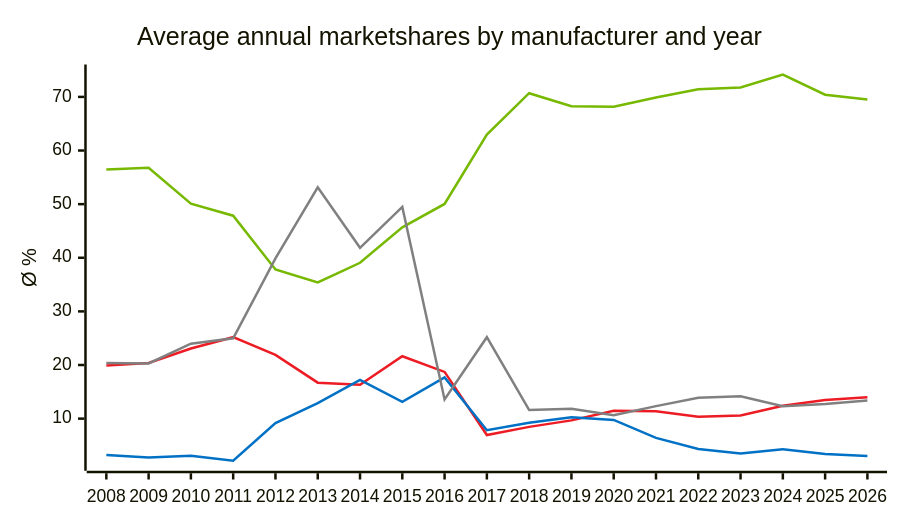
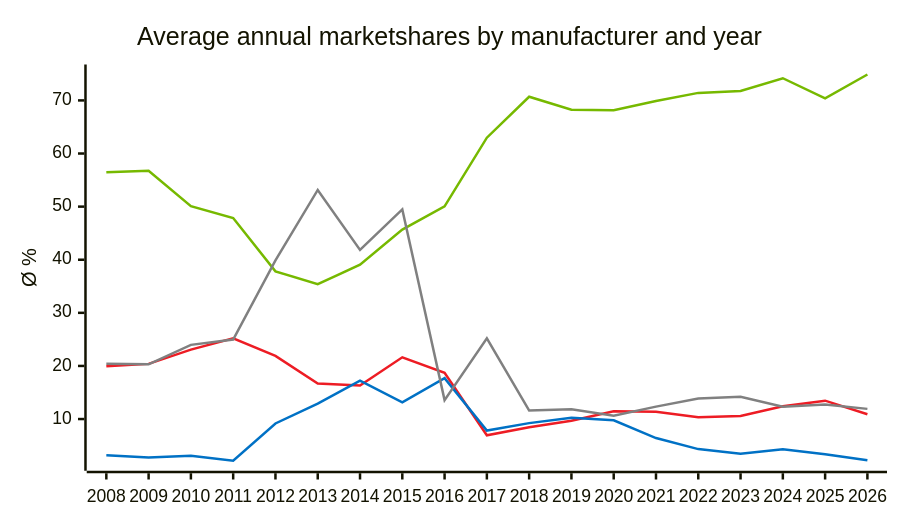
Before and after one commit to jdegene/steamHWsurvey: the first of 31 diagrams in README.md, drawn with Mermaid. The commit also changed other lines of this file and 3 other files, not shown here.

````diff
--- a/README.md
+++ b/README.md
@@ -63,22 +75,22 @@
 ```mermaid
 ---
 config:
     xyChart:
         width: 700
         height: 400
         
     themeVariables:
         xyChart:
             plotColorPalette: "#76b900,#ED1C24,#0071C5,#808080"
 
 --- 
 
 xychart-beta
     title "Average annual marketshares by manufacturer and year"
     x-axis [2008, 2009, 2010, 2011, 2012, 2013, 2014, 2015, 2016, 2017, 2018, 2019, 2020, 2021, 2022, 2023, 2024, 2025, 2026]
     y-axis "Ø %" 
-    line [56.48, 56.763333333333335, 50.07625, 47.84571428571429, 37.81375, 35.39000000000001, 39.059, 45.67400000000001, 50.03636363636363, 62.983999999999995, 70.6925, 68.25333333333333, 68.15416666666665, 69.88333333333333, 71.41666666666667, 71.76, 74.17666666666666, 70.40416666666665, 69.53]
-    line [19.93, 20.3875, 23.07, 25.19, 21.881249999999998, 16.706666666666667, 16.323999999999998, 21.631999999999998, 18.71, 6.939999999999999, 8.461666666666668, 9.675833333333333, 11.463333333333333, 11.3575, 10.354999999999999, 10.59, 12.410833333333333, 13.462499999999999, 14.01]
-    line [3.2, 2.75, 3.09625, 2.145714285714286, 9.1675, 12.888333333333332, 17.224999999999998, 13.13, 17.69909090909091, 7.8375, 9.230833333333333, 10.240833333333333, 9.756666666666668, 6.418333333333333, 4.340833333333333, 3.480833333333334, 4.300000000000001, 3.3874999999999997, 3.04]
-    line [20.39, 20.301666666666666, 23.971249999999998, 24.98, 39.86875, 53.145714285714284, 41.85272727272727, 49.48444444444444, 13.566363636363635, 25.19, 11.603333333333333, 11.834999999999999, 10.618333333333334, 12.334166666666667, 13.880833333333333, 14.175833333333335, 12.324166666666668, 12.7325, 13.389999999999999]
+    line [56.48, 56.763333333333335, 50.07625, 47.84571428571429, 37.81375, 35.39000000000001, 39.059, 45.67400000000001, 50.03636363636363, 62.983999999999995, 70.6925, 68.25333333333333, 68.15416666666665, 69.88333333333333, 71.41666666666667, 71.76, 74.17666666666666, 70.40416666666665, 74.88]
+    line [19.93, 20.3875, 23.07, 25.19, 21.881249999999998, 16.706666666666667, 16.323999999999998, 21.631999999999998, 18.71, 6.939999999999999, 8.461666666666668, 9.675833333333333, 11.463333333333333, 11.3575, 10.354999999999999, 10.59, 12.410833333333333, 13.462499999999999, 10.91]
+    line [3.2, 2.75, 3.09625, 2.145714285714286, 9.1675, 12.888333333333332, 17.224999999999998, 13.13, 17.69909090909091, 7.8375, 9.230833333333333, 10.240833333333333, 9.756666666666668, 6.418333333333333, 4.340833333333333, 3.480833333333334, 4.300000000000001, 3.3874999999999997, 2.255]
+    line [20.39, 20.301666666666666, 23.971249999999998, 24.98, 39.86875, 53.145714285714284, 41.85272727272727, 49.48444444444444, 13.566363636363635, 25.19, 11.603333333333333, 11.834999999999999, 10.618333333333334, 12.334166666666667, 13.880833333333333, 14.175833333333335, 12.324166666666668, 12.7325, 11.915]
 ``` 
````
